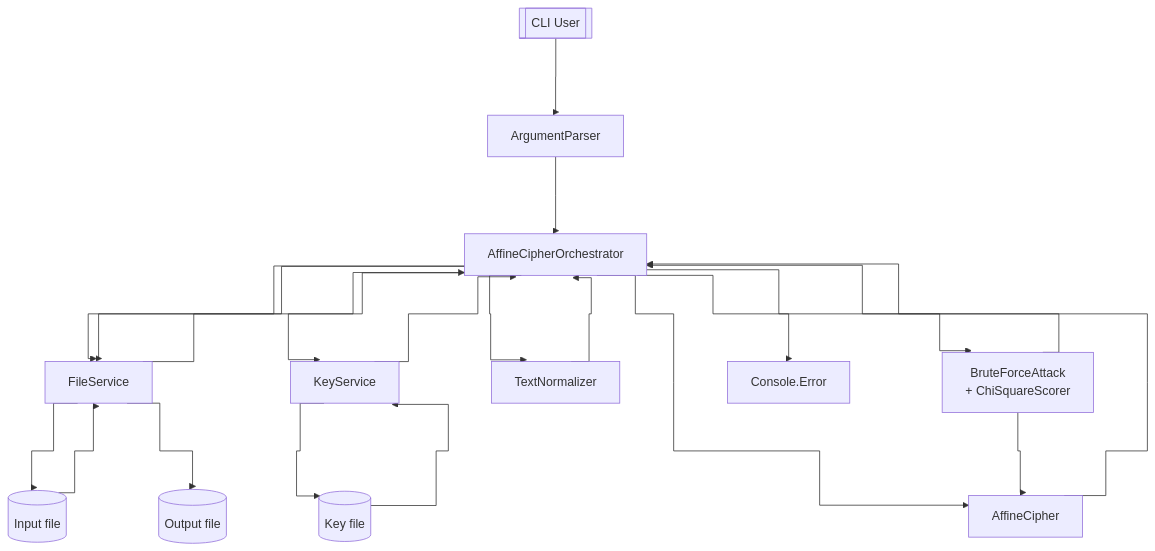
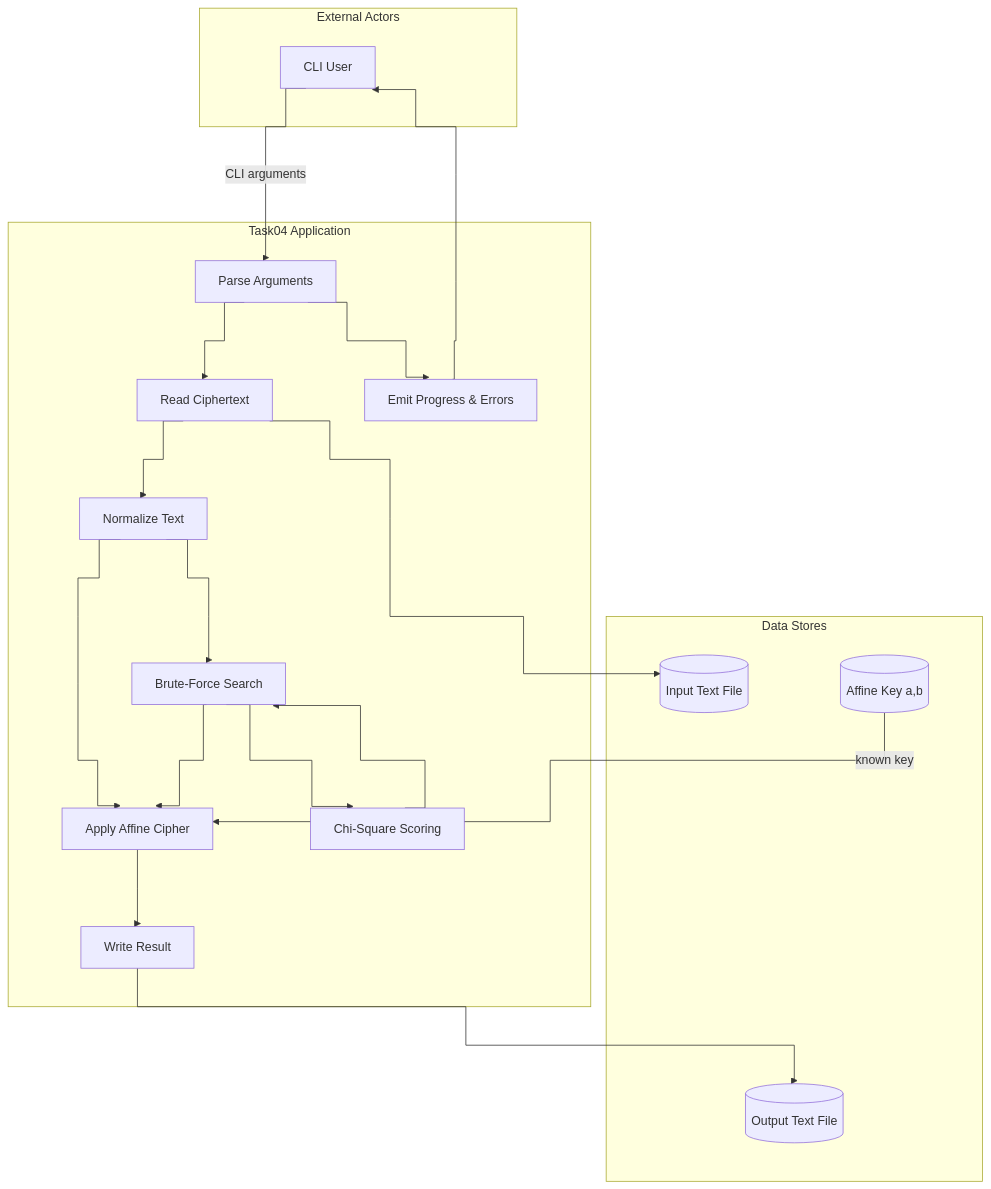
Before and after one commit to FreakyF/Cryptography-And-Cryptanalysis: the fourth of 4 diagrams in Lab02/KIK_1ID24B_LAB2_FUDALA_KAMIL_SZCZYTYŃSKI_ANDRZEJ.md, drawn with Mermaid. The commit also changed other lines of this file, not shown here.

Commit message:
Fix mermaid diagrams to use ones from Lab02 instead of Lab01.

````diff
--- a/Lab02/KIK_1ID24B_LAB2_FUDALA_KAMIL_SZCZYTYŃSKI_ANDRZEJ.md
+++ b/Lab02/KIK_1ID24B_LAB2_FUDALA_KAMIL_SZCZYTYŃSKI_ANDRZEJ.md
@@ -2337,43 +2315,36 @@
 ```mermaid
 %%{init: {
   "flowchart": { "curve":"step", "nodeSpacing": 120, "rankSpacing": 100 }
 }}%%
 flowchart TD
-    user[["CLI User"]]
-    parser["ArgumentParser"]
-    orchestrator["AffineCipherOrchestrator"]
-    fileService["FileService"]
-    keyService["KeyService"]
-    normalizer["TextNormalizer"]
-    cipher["AffineCipher"]
-    brute["BruteForceAttack\n+ ChiSquareScorer"]
-    inputFile[("Input file")]
-    keyFile[("Key file")]
-    outputFile[("Output file")]
-    console["Console.Error"]
+       subgraph External Actors
+        User[CLI User]
+    end
 
-    user --> parser --> orchestrator
+    subgraph Data Stores
+        Input[(Input Text File)]
+        Key[(Affine Key a,b)]
+        Output[(Output Text File)]
+    end
 
-    orchestrator --> fileService
-    fileService --> inputFile
-    inputFile --> fileService
-    fileService --> orchestrator
+    subgraph Process["Task04 Application"]
+        Args[Parse Arguments]
+        Load[Read Ciphertext]
+        Normalize[Normalize Text]
+        Encrypt[Apply Affine Cipher]
+        Attack[Brute-Force Search]
+        Score[Chi-Square Scoring]
+        Save[Write Result]
+        Report[Emit Progress & Errors]
+    end
 
-    orchestrator --> normalizer --> orchestrator
-
-    orchestrator --> keyService
-    keyService --> keyFile
-    keyFile --> keyService
-    keyService --> orchestrator
-
-    orchestrator --> cipher
-    cipher --> orchestrator
-
-    orchestrator --> brute
-    brute --> cipher
-    brute --> orchestrator
-
-    orchestrator --> fileService
-    fileService --> outputFile
-    orchestrator --> console
+    User -->|CLI arguments| Args
+    Args --> Load --> Normalize
+    Normalize --> Encrypt
+    Normalize --> Attack --> Encrypt
+    Key -->|known key| Encrypt
+    Attack --> Score --> Attack
+    Encrypt --> Save --> Output
+    Load --> Input
+    Args --> Report --> User
 ```
````
